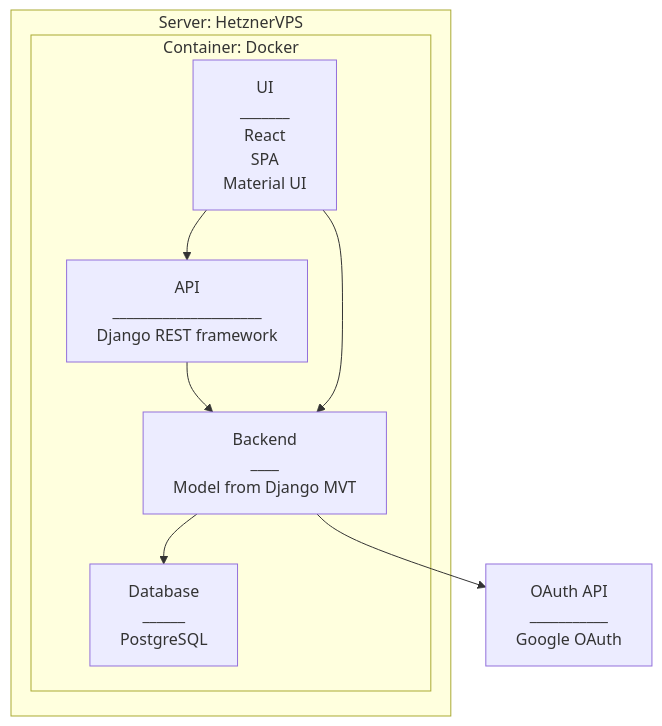
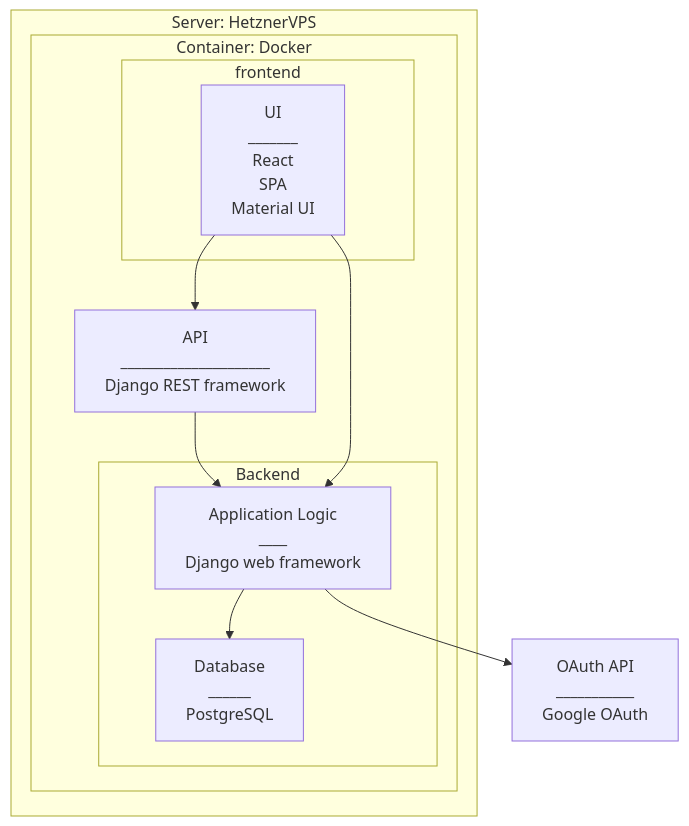
Before and after one commit to Cast2023/ohjeita: the diagram in arkkitehtuuri-draft.md, drawn with Mermaid. The commit also changed other lines of this file, not shown here.

Commit message:
Update Architecture doc

````diff
--- a/arkkitehtuuri-draft.md
+++ b/arkkitehtuuri-draft.md
@@ -3,16 +3,20 @@
 ```mermaid
 flowchart
     subgraph Server: HetznerVPS
         subgraph Container: Docker
-            ui[UI\n_______\nReact\nSPA\nMaterial UI]
+            subgraph frontend
+                ui[UI\n_______\nReact\nSPA\nMaterial UI]
+            end
             djangoapi[API\n_____________________\nDjango REST framework]
-            backend[Backend\n____\nModel from Django MVT]
-            db[Database\n______\nPostgreSQL]
+            subgraph Backend
+                backend[Application Logic\n____\nDjango web framework]
+                db[Database\n______\nPostgreSQL]
+            end
             ui-->djangoapi
             djangoapi-->backend
             ui-->backend
             backend-->db
         end
     end
     backend --> oauth[OAuth API\n___________\nGoogle OAuth]
 ```
````
